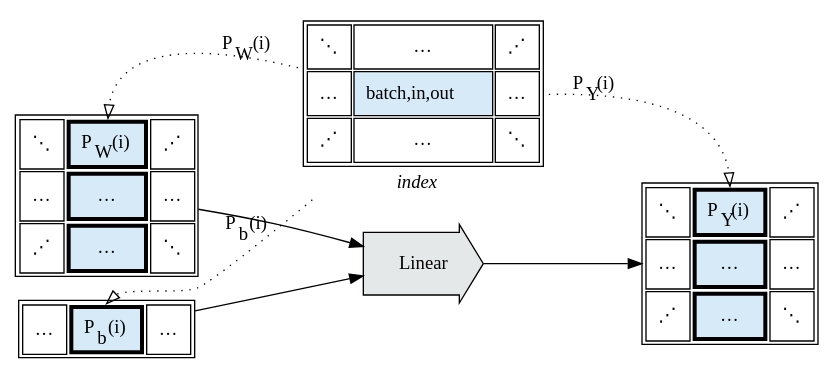
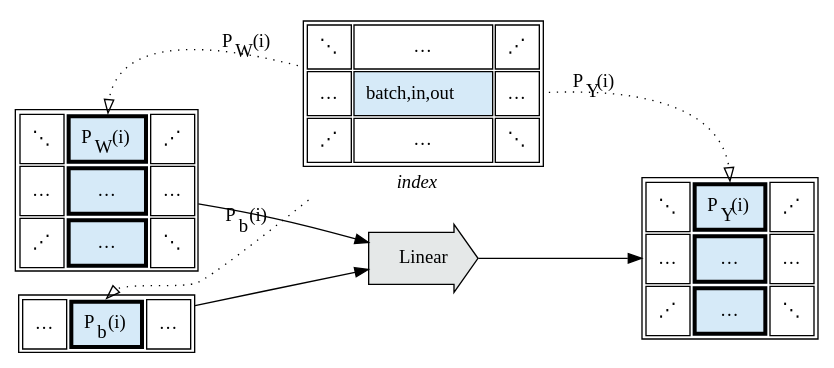
One commit to crutcher/crutcher.github.io-source changed diagram 19 of 55 in source/Tapestry/index.md. Above: the diagram before and after it, drawn with Graphviz. The commit also changed other lines of this file, not shown here.

Commit message:
graph ordering

```diff
--- a/source/Tapestry/index.md
+++ b/source/Tapestry/index.md
@@ -2903,7 +3109,7 @@
         shape=rarrow,
         style=filled,
         fillcolor="#E5E8E8",
-        margin=0.3
+        margin=0.25
     ];
 
     y [
```
